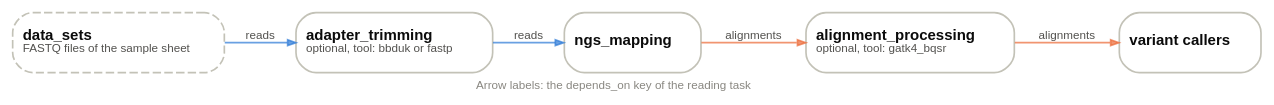
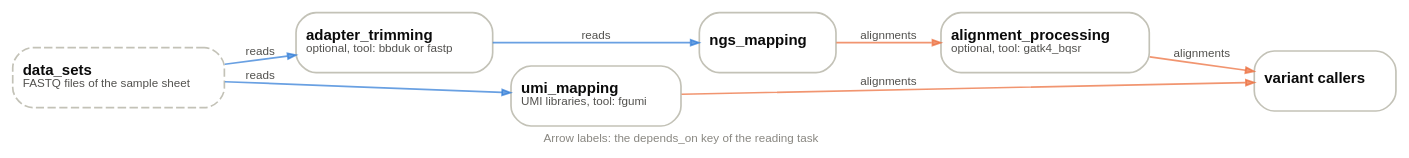
One commit to bihealth/snappy-pipeline changed the diagram in docs/somatic_ngs.md. Above: the diagram before and after it, drawn with Graphviz. The commit also changed other lines of this file and 43 other files, not shown here.

````diff
--- a/docs/somatic_ngs.md
+++ b/docs/somatic_ngs.md
@@ -14,20 +14,23 @@
 ```{graphviz}
 :alt: The chain of tasks from the FASTQ files of the data sets to the variant callers
 
 digraph chain {
     rankdir=LR; nodesep=0.12; ranksep=0.3;
     bgcolor="transparent"; fontname="Helvetica"; labelloc=b;
     label=<<FONT POINT-SIZE="7" COLOR="#898781">Arrow labels: the depends_on key of the reading task</FONT>>;
     node [shape=box, style="rounded,filled", fillcolor="#ffffff", color="#c3c2b7", fontname="Helvetica", fontsize=9, fontcolor="#0b0b0b", margin="0.08,0.03"];
     edge [arrowsize=0.5, penwidth=1.0, fontname="Helvetica", fontsize=7, fontcolor="#52514e"];
     "data_sets" [style="rounded,dashed", label=<<B>data_sets</B><BR ALIGN="LEFT"/><FONT POINT-SIZE="7" COLOR="#52514e">FASTQ files of the sample sheet</FONT><BR ALIGN="LEFT"/>>];
     "adapter_trimming" [label=<<B>adapter_trimming</B><BR ALIGN="LEFT"/><FONT POINT-SIZE="7" COLOR="#52514e">optional, tool: bbduk or fastp</FONT><BR ALIGN="LEFT"/>>];
     "ngs_mapping" [label=<<B>ngs_mapping</B><BR ALIGN="LEFT"/>>];
+    "umi_mapping" [label=<<B>umi_mapping</B><BR ALIGN="LEFT"/><FONT POINT-SIZE="7" COLOR="#52514e">UMI libraries, tool: fgumi</FONT><BR ALIGN="LEFT"/>>];
     "alignment_processing" [label=<<B>alignment_processing</B><BR ALIGN="LEFT"/><FONT POINT-SIZE="7" COLOR="#52514e">optional, tool: gatk4_bqsr</FONT><BR ALIGN="LEFT"/>>];
     "callers" [label=<<B>variant callers</B><BR ALIGN="LEFT"/>>];
     "data_sets" -> "adapter_trimming" [color="#2a78d6b3", label="reads"];
     "adapter_trimming" -> "ngs_mapping" [color="#2a78d6b3", label="reads"];
     "ngs_mapping" -> "alignment_processing" [color="#eb6834b3", label="alignments"];
+    "data_sets" -> "umi_mapping" [color="#2a78d6b3", label="reads"];
+    "umi_mapping" -> "callers" [color="#eb6834b3", label="alignments"];
     "alignment_processing" -> "callers" [color="#eb6834b3", label="alignments"];
 }
 ```
````
